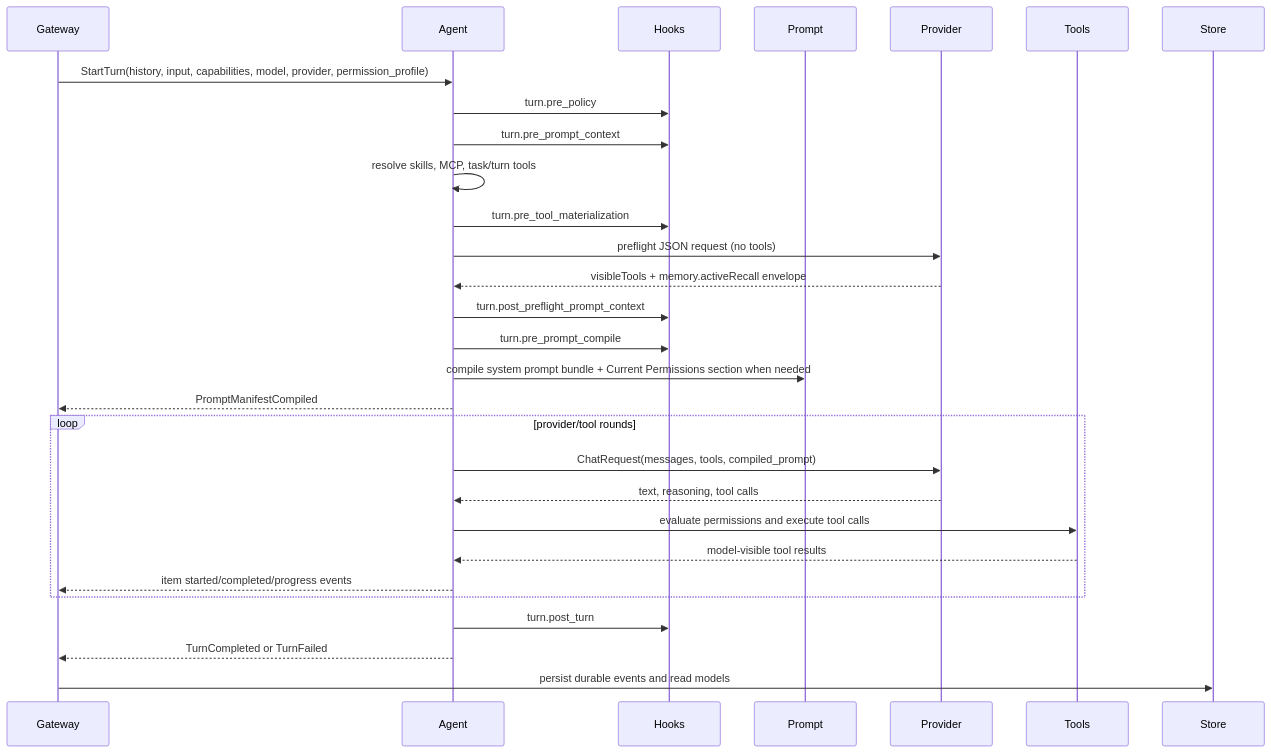
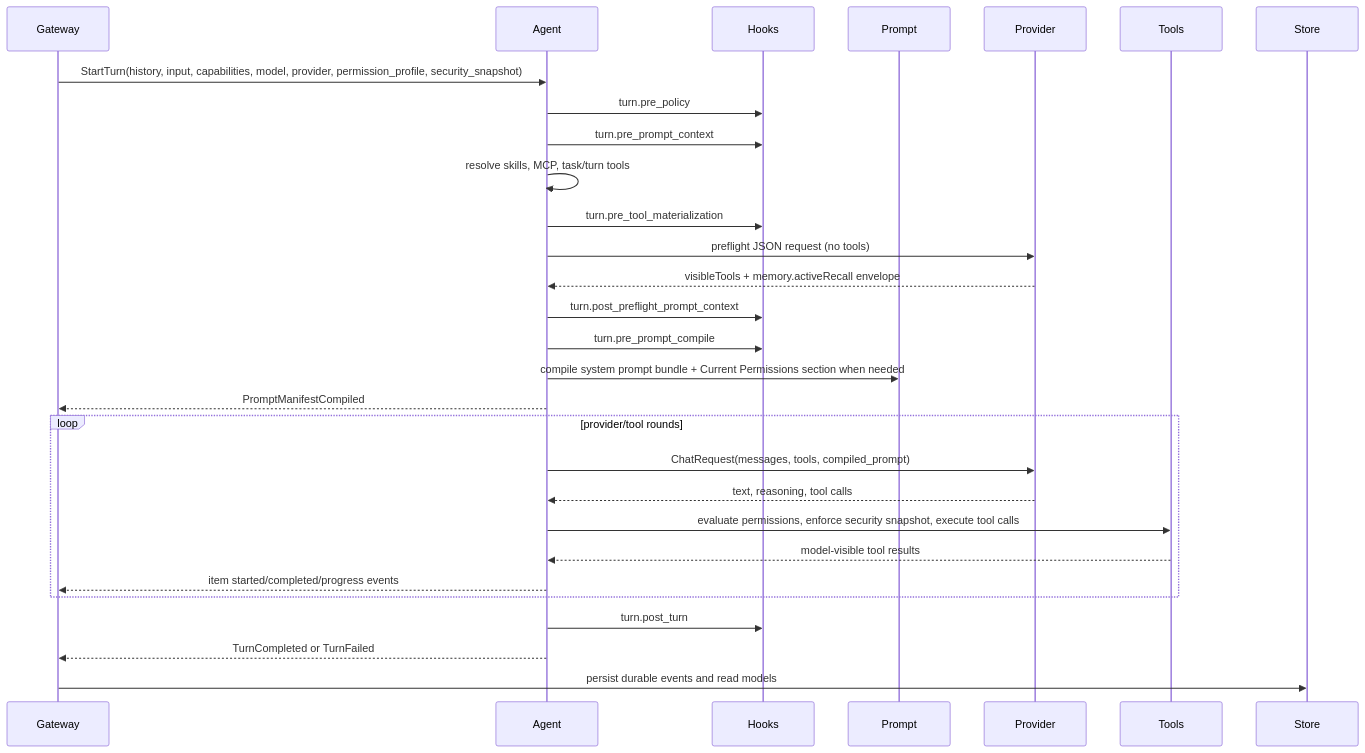
Before and after one commit to pioneerdotai/docs: the diagram in architecture/agent-loop.mdx, drawn with Mermaid. The commit also changed other lines of this file and 37 other files, not shown here.

````diff
--- a/architecture/agent-loop.mdx
+++ b/architecture/agent-loop.mdx
@@ -45,32 +45,32 @@
 ```mermaid
 sequenceDiagram
   participant Gateway
   participant Agent
   participant Hooks
   participant Prompt
   participant Provider
   participant Tools
   participant Store
 
-  Gateway->>Agent: StartTurn(history, input, capabilities, model, provider, permission_profile)
+  Gateway->>Agent: StartTurn(history, input, capabilities, model, provider, permission_profile, security_snapshot)
   Agent->>Hooks: turn.pre_policy
   Agent->>Hooks: turn.pre_prompt_context
   Agent->>Agent: resolve skills, MCP, task/turn tools
   Agent->>Hooks: turn.pre_tool_materialization
   Agent->>Provider: preflight JSON request (no tools)
   Provider-->>Agent: visibleTools + memory.activeRecall envelope
   Agent->>Hooks: turn.post_preflight_prompt_context
   Agent->>Hooks: turn.pre_prompt_compile
     Agent->>Prompt: compile system prompt bundle + Current Permissions section when needed
   Agent-->>Gateway: PromptManifestCompiled
   loop provider/tool rounds
     Agent->>Provider: ChatRequest(messages, tools, compiled_prompt)
     Provider-->>Agent: text, reasoning, tool calls
-    Agent->>Tools: evaluate permissions and execute tool calls
+    Agent->>Tools: evaluate permissions, enforce security snapshot, execute tool calls
     Tools-->>Agent: model-visible tool results
     Agent-->>Gateway: item started/completed/progress events
   end
   Agent->>Hooks: turn.post_turn
   Agent-->>Gateway: TurnCompleted or TurnFailed
   Gateway->>Store: persist durable events and read models
 ```
````
